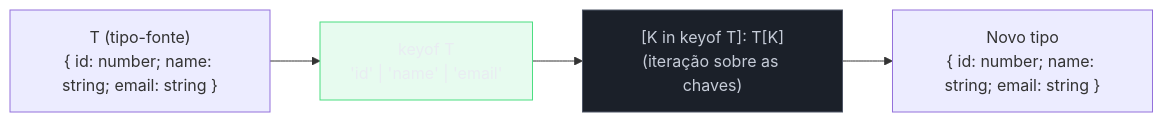
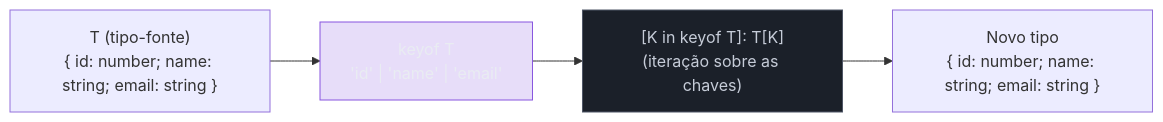
Before and after one commit to josenaldo/codex-technomanticus: the first of 5 diagrams in 03-Dominios/Tecnologia/TypeScript/16 - Mapped types e key remapping.md, drawn with Mermaid. The commit also changed other lines of this file and 601 other files, not shown here.

````diff
--- a/03-Dominios/Tecnologia/TypeScript/16 - Mapped types e key remapping.md
+++ b/03-Dominios/Tecnologia/TypeScript/16 - Mapped types e key remapping.md
@@ -52,14 +52,14 @@
 ```mermaid
 flowchart LR
+    classDef marca fill:#8855DF33,stroke:#8855DF,color:#E9ECF2
     classDef neutro fill:#1B2029,stroke:#4E5666,color:#C6CCD8
-    classDef ok fill:#4ADE8021,stroke:#4ADE80,color:#E9ECF2
     T["T (tipo-fonte)\n{ id: number; name: string; email: string }"]
     KOF["keyof T\n'id' | 'name' | 'email'"]
     MAP["[K in keyof T]: T[K]\n(iteração sobre as chaves)"]
     R["Novo tipo\n{ id: number; name: string; email: string }"]
 
     T --> KOF --> MAP --> R
 
     class MAP neutro
-    class KOF ok
+    class KOF marca
 ```
````
